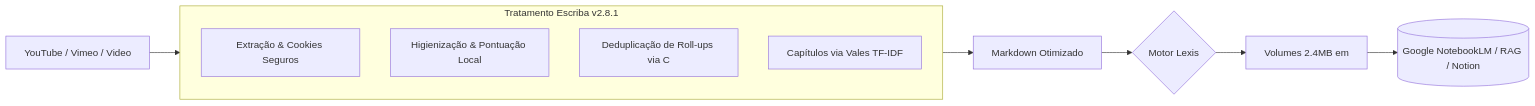
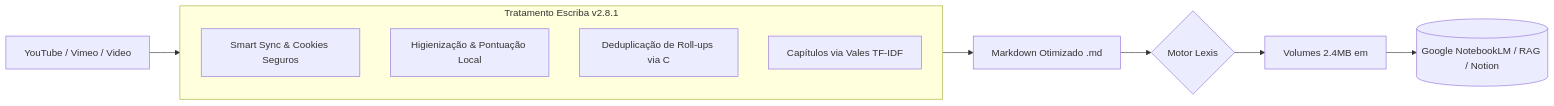
One commit to Jandir/escriba changed the diagram in README.md. Above: the diagram before and after it, drawn with Mermaid. The commit also changed other lines of this file, not shown here.

````diff
--- a/README.md
+++ b/README.md
@@ -136,15 +112,15 @@
 ```mermaid
 graph LR
     A[YouTube / Vimeo / Video] --> B{Pipeline Escriba}
     subgraph B [Tratamento Escriba v2.8.1]
-        B1[Extração & Cookies Seguros]
+        B1[Smart Sync & Cookies Seguros]
         B2[Higienização & Pontuação Local]
         B3[Deduplicação de Roll-ups via C]
         B4[Capítulos via Vales TF-IDF]
     end
-    B --> C[Markdown Otimizado]
+    B --> C[Markdown Otimizado .md]
     D{Motor Lexis}
     C --> D
     D --> E[Volumes 2.4MB em <article>]
     E --> F[(Google NotebookLM / RAG / Notion)]
 ```
````
